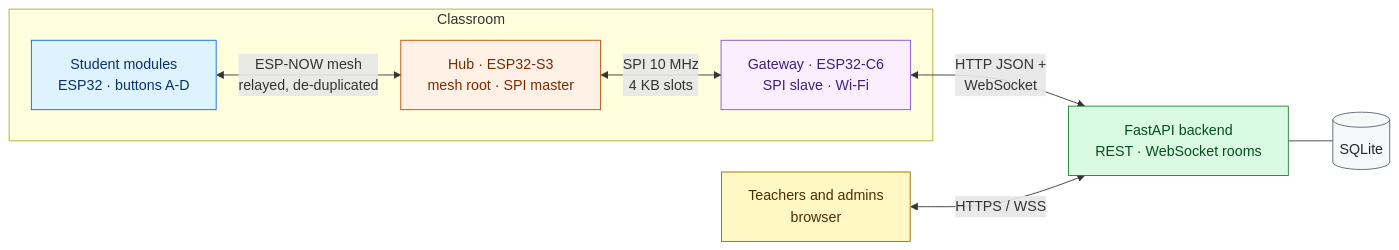
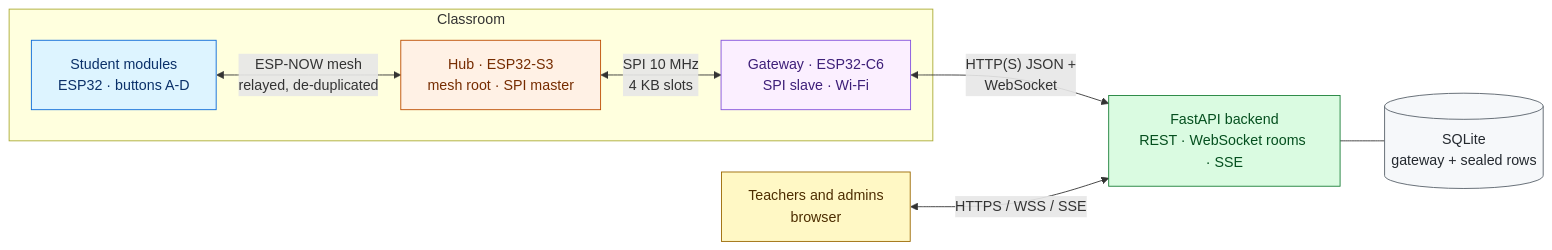
The first of 3 diagrams in README.md (Kush-Kelaiya22/imPress), drawn with Mermaid before and after one commit. The commit also changed other lines of this file and 24 other files, not shown here.

````diff
--- a/README.md
+++ b/README.md
@@ -60,30 +127,30 @@
 ```mermaid
 flowchart LR
     subgraph Room["Classroom"]
         ST["Student modules<br/>ESP32 · buttons A-D"]
         S3["Hub · ESP32-S3<br/>mesh root · SPI master"]
         C6["Gateway · ESP32-C6<br/>SPI slave · Wi-Fi"]
         ST <-->|"ESP-NOW mesh<br/>relayed, de-duplicated"| S3
         S3 <-->|"SPI 10 MHz<br/>4 KB slots"| C6
     end
-    BE["FastAPI backend<br/>REST · WebSocket rooms"]
-    DB[("SQLite")]
+    BE["FastAPI backend<br/>REST · WebSocket rooms · SSE"]
+    DB[("SQLite<br/>gateway + sealed rows")]
     T["Teachers and admins<br/>browser"]
-    C6 <-->|"HTTP JSON +<br/>WebSocket"| BE
+    C6 <-->|"HTTP(S) JSON +<br/>WebSocket"| BE
     BE --- DB
-    T <-->|"HTTPS / WSS"| BE
+    T <-->|"HTTPS / WSS / SSE"| BE
 
     class ST student
     class S3 hub
     class C6 gateway
     class BE server
     class DB store
     class T user
 
     classDef student fill:#DDF4FF,stroke:#0969DA,color:#0A3069
     classDef hub fill:#FFF1E5,stroke:#BC4C00,color:#762C00
     classDef gateway fill:#FBEFFF,stroke:#8250DF,color:#3E1F79
     classDef server fill:#DAFBE1,stroke:#1A7F37,color:#044F1E
     classDef store fill:#F6F8FA,stroke:#57606A,color:#24292F
     classDef user fill:#FFF8C5,stroke:#9A6700,color:#4D2D00
 ```
````
